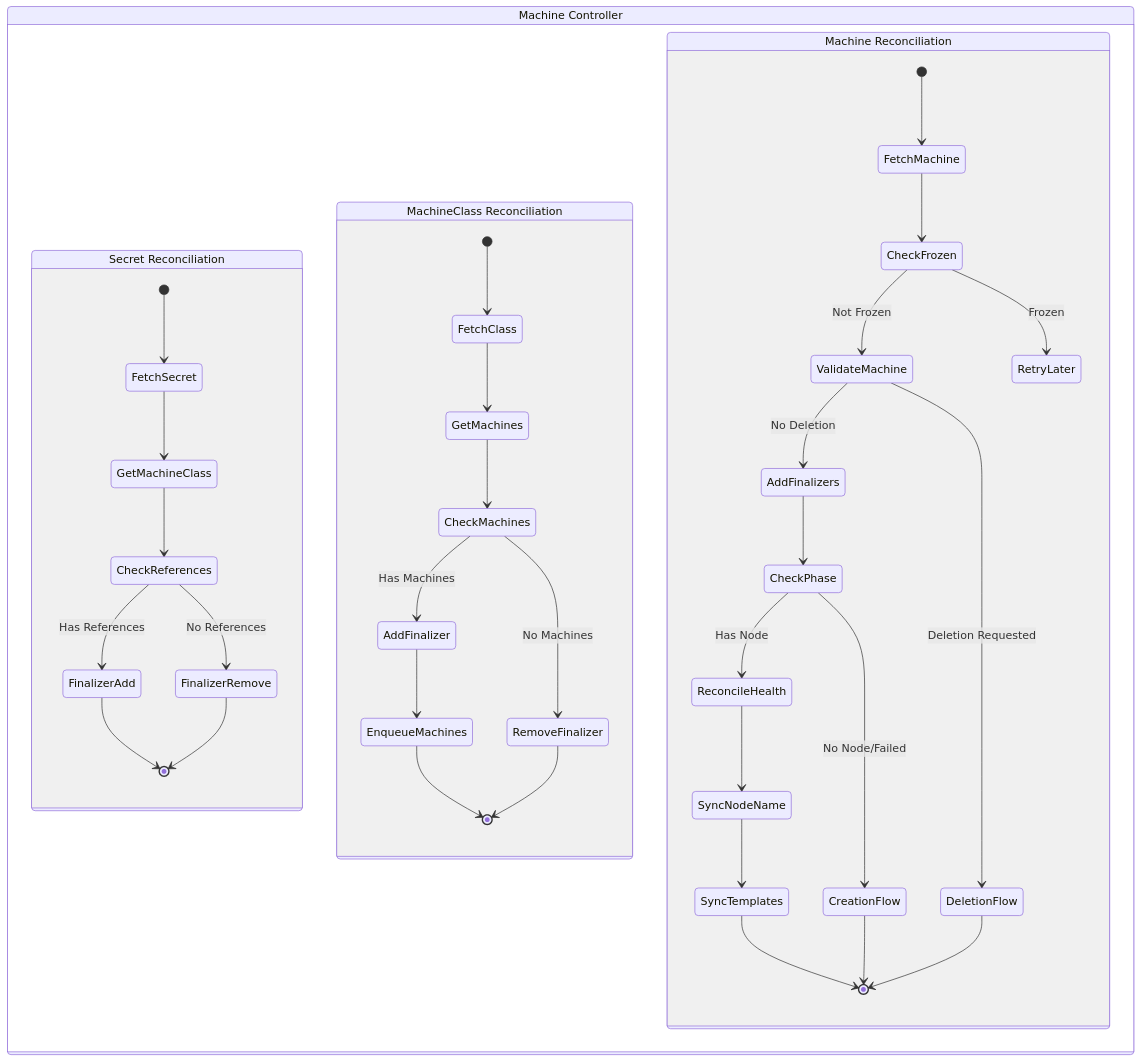
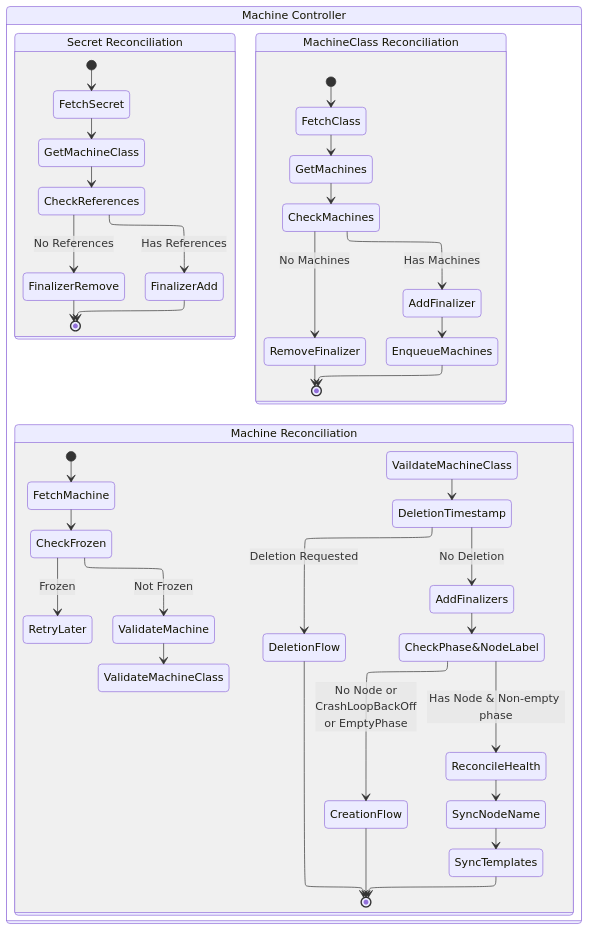
Before and after one commit to brongulus/brongulus.github.io: the second of 7 diagrams in content/notes/2fast2mcm.md, drawn with Mermaid. The commit also changed other lines of this file and 7 other files, not shown here.

````diff
--- a/content/notes/2fast2mcm.md
+++ b/content/notes/2fast2mcm.md
@@ -66,48 +66,55 @@
 ```mermaid
+---
+  config:
+    layout: elk
+---
 stateDiagram-v2
     state "Machine Controller" as MC {
         state "Secret Reconciliation" as SR {
             [*] --> FetchSecret
             FetchSecret --> GetMachineClass
             GetMachineClass --> CheckReferences
             CheckReferences --> FinalizerAdd : Has References
             CheckReferences --> FinalizerRemove : No References
             FinalizerAdd --> [*]
             FinalizerRemove --> [*]
         }
 
         state "MachineClass Reconciliation" as MCR {
             [*] --> FetchClass
             FetchClass --> GetMachines
             GetMachines --> CheckMachines
             CheckMachines --> AddFinalizer : Has Machines
             CheckMachines --> RemoveFinalizer : No Machines
             AddFinalizer --> EnqueueMachines
             EnqueueMachines --> [*]
             RemoveFinalizer --> [*]
         }
 
         state "Machine Reconciliation" as MR {
             [*] --> FetchMachine
             FetchMachine --> CheckFrozen
             
             CheckFrozen --> ValidateMachine : Not Frozen
             CheckFrozen --> RetryLater : Frozen
             
-            ValidateMachine --> DeletionFlow : Deletion Requested
-            ValidateMachine --> AddFinalizers : No Deletion
+            ValidateMachine --> ValidateMachineClass
+            VaildateMachineClass --> DeletionTimestamp
+
+            DeletionTimestamp --> DeletionFlow : Deletion Requested
+            DeletionTimestamp --> AddFinalizers : No Deletion
             
-            AddFinalizers --> CheckPhase
+            AddFinalizers --> CheckPhase&NodeLabel
             
-            CheckPhase --> ReconcileHealth : Has Node
-            CheckPhase --> CreationFlow : No Node/Failed
+            CheckPhase&NodeLabel --> ReconcileHealth : Has Node & Non-empty phase
+            CheckPhase&NodeLabel --> CreationFlow : No Node or<br/>CrashLoopBackOff<br/>or EmptyPhase
             
             ReconcileHealth --> SyncNodeName
             SyncNodeName --> SyncTemplates
             SyncTemplates --> [*]
             
             CreationFlow --> [*]
             DeletionFlow --> [*]
         }
     }
 ```
````
